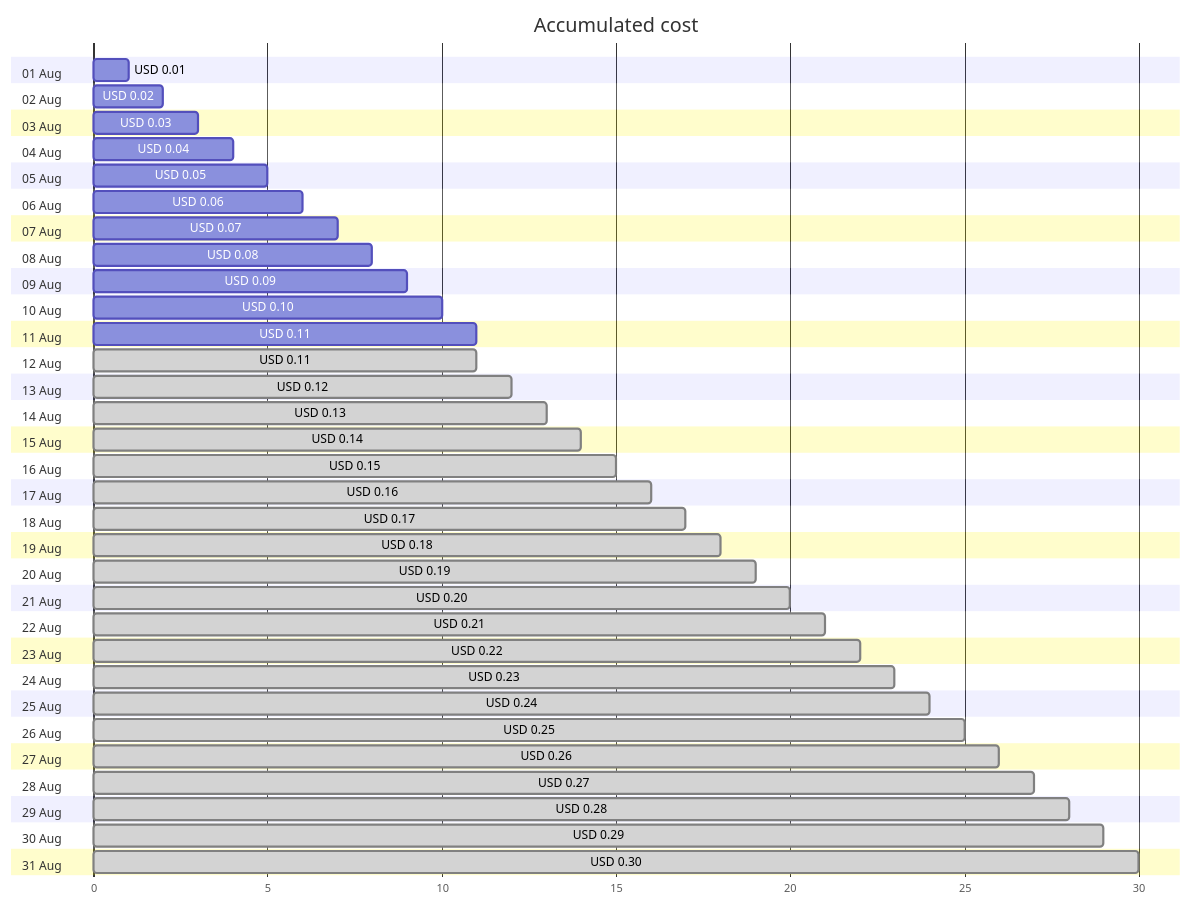
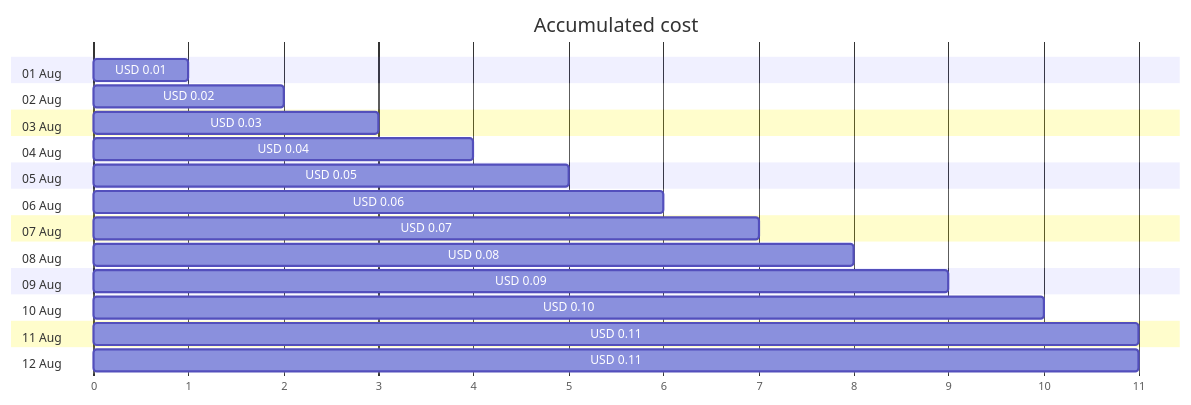
One commit to jpfulton/azure-personal-reports changed the first of 4 diagrams in cost-reports/cloud-shell-storage-eastus/cs2100300008c8d894b.md. Above: the diagram before and after it, drawn with Mermaid. The commit also changed other lines of this file and 1 other file, not shown here.

Commit message:
Generated reports [skip ci]

````diff
--- a/cost-reports/cloud-shell-storage-eastus/cs2100300008c8d894b.md
+++ b/cost-reports/cloud-shell-storage-eastus/cs2100300008c8d894b.md
@@ -20,68 +20,30 @@
 ```mermaid
 gantt
    title Accumulated cost
    dateFormat  X
    axisFormat %s
    section 01 Aug
    USD 0.01 :0, 1
    section 02 Aug
    USD 0.02 :0, 2
    section 03 Aug
    USD 0.03 :0, 3
    section 04 Aug
    USD 0.04 :0, 4
    section 05 Aug
    USD 0.05 :0, 5
    section 06 Aug
    USD 0.06 :0, 6
    section 07 Aug
    USD 0.07 :0, 7
    section 08 Aug
    USD 0.08 :0, 8
    section 09 Aug
    USD 0.09 :0, 9
    section 10 Aug
    USD 0.10 :0, 10
    section 11 Aug
    USD 0.11 :0, 11
    section 12 Aug
-   USD 0.11 : done, 0, 11
-   section 13 Aug
-   USD 0.12 : done, 0, 12
-   section 14 Aug
-   USD 0.13 : done, 0, 13
-   section 15 Aug
-   USD 0.14 : done, 0, 14
-   section 16 Aug
-   USD 0.15 : done, 0, 15
-   section 17 Aug
-   USD 0.16 : done, 0, 16
-   section 18 Aug
-   USD 0.17 : done, 0, 17
-   section 19 Aug
-   USD 0.18 : done, 0, 18
-   section 20 Aug
-   USD 0.19 : done, 0, 19
-   section 21 Aug
-   USD 0.20 : done, 0, 20
-   section 22 Aug
-   USD 0.21 : done, 0, 21
-   section 23 Aug
-   USD 0.22 : done, 0, 22
-   section 24 Aug
-   USD 0.23 : done, 0, 23
-   section 25 Aug
-   USD 0.24 : done, 0, 24
-   section 26 Aug
-   USD 0.25 : done, 0, 25
-   section 27 Aug
-   USD 0.26 : done, 0, 26
-   section 28 Aug
-   USD 0.27 : done, 0, 27
-   section 29 Aug
-   USD 0.28 : done, 0, 28
-   section 30 Aug
-   USD 0.29 : done, 0, 29
-   section 31 Aug
-   USD 0.30 : done, 0, 30
+   USD 0.11 :0, 11
 ```
````
